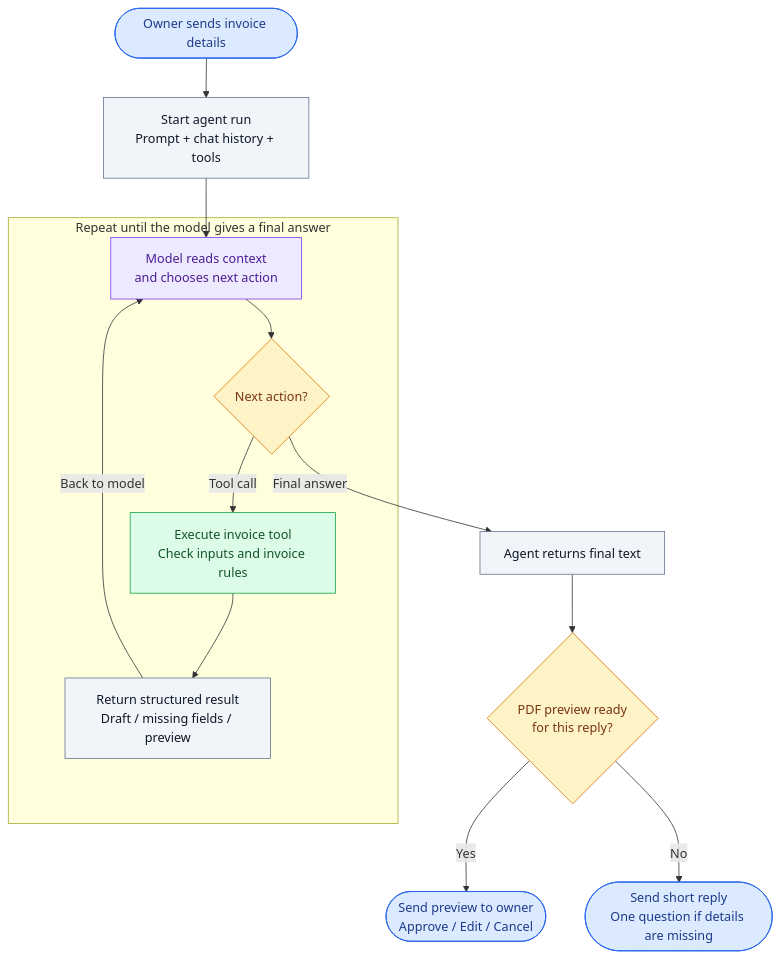
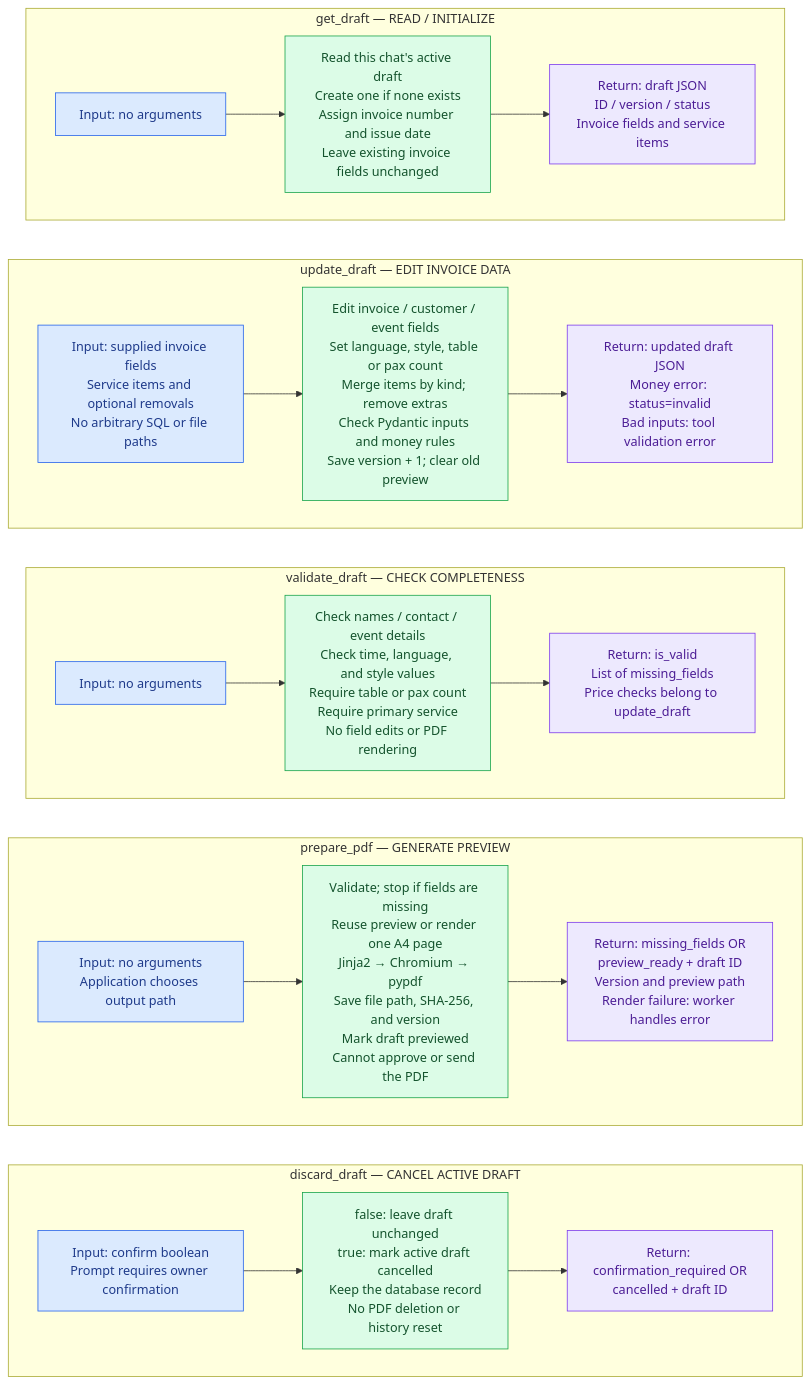
Before and after one commit to Zayuki/invoice-AI-Agent: the third of 3 diagrams in README.md, drawn with Mermaid. The commit also changed other lines of this file, not shown here.

````diff
--- a/README.md
+++ b/README.md
@@ -96,40 +211,52 @@
 ```mermaid
 flowchart TB
-    message([Owner sends invoice details])
-    context["Start agent run<br/>Prompt + chat history + tools"]
-
-    subgraph loop["Repeat until the model gives a final answer"]
-        model["Model reads context<br/>and chooses next action"]
-        action{Next action?}
-        tool["Execute invoice tool<br/>Check inputs and invoice rules"]
-        result["Return structured result<br/>Draft / missing fields / preview"]
-
-        model --> action
-        action -- Tool call --> tool
-        tool --> result
-        result -- Back to model --> model
+    subgraph GET["get_draft — READ / INITIALIZE"]
+        direction LR
+        get_input["Input: no arguments"]
+        get_scope["Read this chat's active draft<br/>Create one if none exists<br/>Assign invoice number and issue date<br/>Leave existing invoice fields unchanged"]
+        get_output["Return: draft JSON<br/>ID / version / status<br/>Invoice fields and service items"]
+        get_input --> get_scope --> get_output
     end
 
-    answer[Agent returns final text]
-    preview{PDF preview ready<br/>for this reply?}
-    send_pdf(["Send preview to owner<br/>Approve / Edit / Cancel"])
-    send_text(["Send short reply<br/>One question if details are missing"])
+    subgraph UPDATE["update_draft — EDIT INVOICE DATA"]
+        direction LR
+        update_input["Input: supplied invoice fields<br/>Service items and optional removals<br/>No arbitrary SQL or file paths"]
+        update_scope["Edit invoice / customer / event fields<br/>Set language, style, table or pax count<br/>Merge items by kind; remove extras<br/>Check Pydantic inputs and money rules<br/>Save version + 1; clear old preview"]
+        update_output["Return: updated draft JSON<br/>Money error: status=invalid<br/>Bad inputs: tool validation error"]
+        update_input --> update_scope --> update_output
+    end
 
-    message --> context --> model
-    action -- Final answer --> answer
-    answer --> preview
-    preview -- Yes --> send_pdf
-    preview -- No --> send_text
+    subgraph VALIDATE["validate_draft — CHECK COMPLETENESS"]
+        direction LR
+        validate_input["Input: no arguments"]
+        validate_scope["Check names / contact / event details<br/>Check time, language, and style values<br/>Require table or pax count<br/>Require primary service<br/>No field edits or PDF rendering"]
+        validate_output["Return: is_valid<br/>List of missing_fields<br/>Price checks belong to update_draft"]
+        validate_input --> validate_scope --> validate_output
+    end
 
-    classDef message fill:#dbeafe,stroke:#2563eb,color:#1e3a8a
-    classDef model fill:#ede9fe,stroke:#7c3aed,color:#4c1d95
-    classDef application fill:#f1f5f9,stroke:#64748b,color:#0f172a
-    classDef decision fill:#fef3c7,stroke:#d97706,color:#78350f
-    classDef tool fill:#dcfce7,stroke:#16a34a,color:#14532d
+    subgraph PDF["prepare_pdf — GENERATE PREVIEW"]
+        direction LR
+        pdf_input["Input: no arguments<br/>Application chooses output path"]
+        pdf_scope["Validate; stop if fields are missing<br/>Reuse preview or render one A4 page<br/>Jinja2 → Chromium → pypdf<br/>Save file path, SHA-256, and version<br/>Mark draft previewed<br/>Cannot approve or send the PDF"]
+        pdf_output["Return: missing_fields OR<br/>preview_ready + draft ID<br/>Version and preview path<br/>Render failure: worker handles error"]
+        pdf_input --> pdf_scope --> pdf_output
+    end
 
-    class message,send_pdf,send_text message
-    class model model
-    class context,result,answer application
-    class action,preview decision
-    class tool tool
+    subgraph DISCARD["discard_draft — CANCEL ACTIVE DRAFT"]
+        direction LR
+        discard_input["Input: confirm boolean<br/>Prompt requires owner confirmation"]
+        discard_scope["false: leave draft unchanged<br/>true: mark active draft cancelled<br/>Keep the database record<br/>No PDF deletion or history reset"]
+        discard_output["Return: confirmation_required OR<br/>cancelled + draft ID"]
+        discard_input --> discard_scope --> discard_output
+    end
+
+    GET ~~~ UPDATE ~~~ VALIDATE ~~~ PDF ~~~ DISCARD
+
+    classDef input fill:#dbeafe,stroke:#2563eb,color:#1e3a8a
+    classDef scope fill:#dcfce7,stroke:#16a34a,color:#14532d
+    classDef output fill:#ede9fe,stroke:#7c3aed,color:#4c1d95
+
+    class get_input,update_input,validate_input,pdf_input,discard_input input
+    class get_scope,update_scope,validate_scope,pdf_scope,discard_scope scope
+    class get_output,update_output,validate_output,pdf_output,discard_output output
 ```
````
